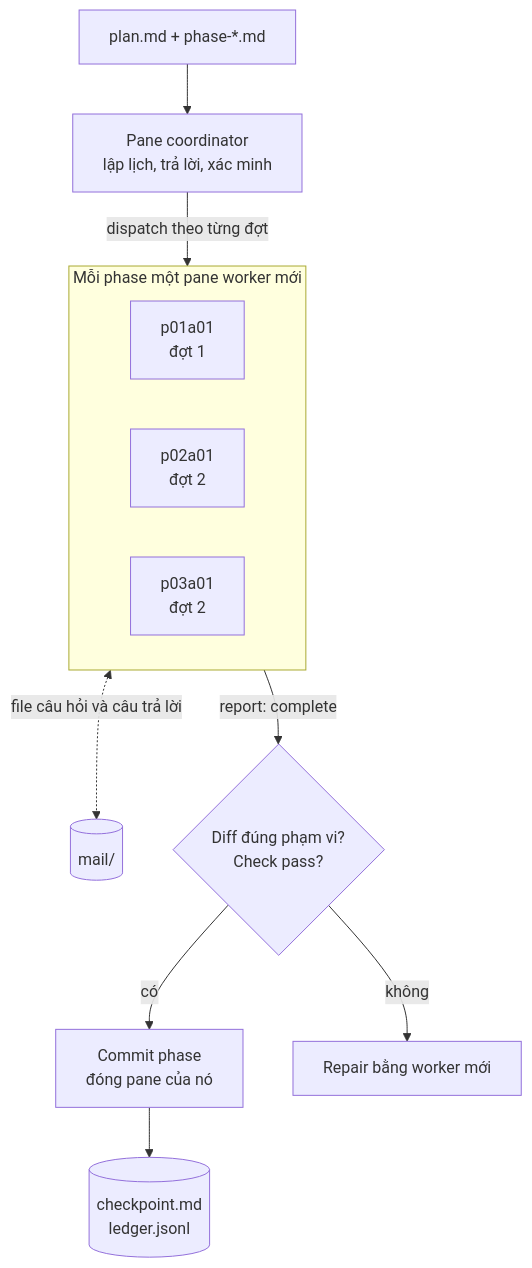
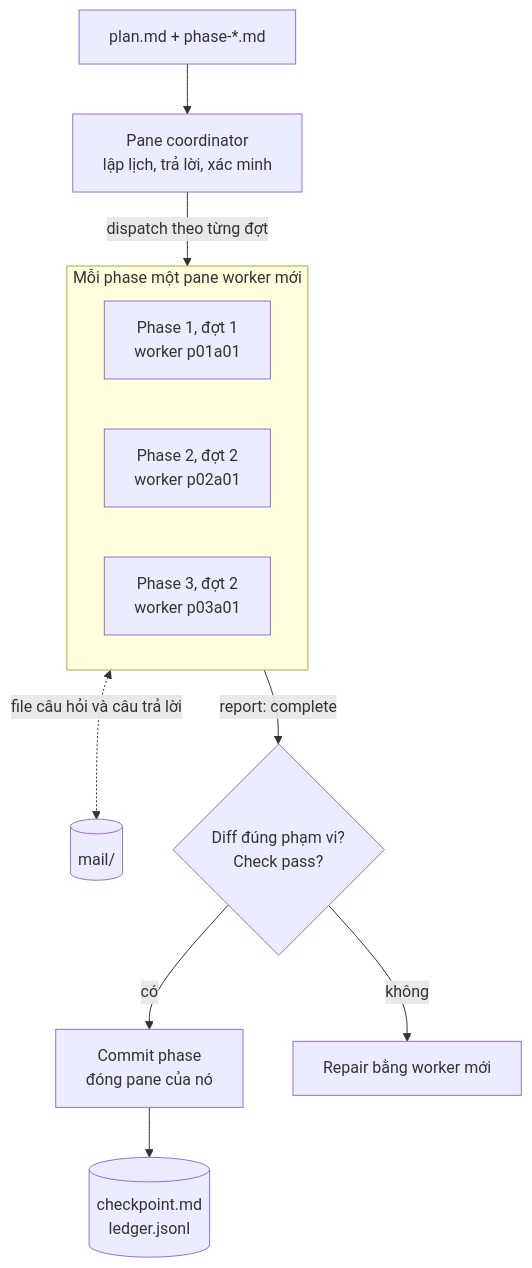
One commit to thieung/herdr-cook-plan changed the diagram in README.vi.md. Above: the diagram before and after it, drawn with Mermaid. The commit also changed other lines of this file and 3 other files, not shown here.

Commit message:
docs: friendly worker labels in covers and diagram; explain worker IDs

````diff
--- a/README.vi.md
+++ b/README.vi.md
@@ -62,16 +62,16 @@
 ```mermaid
 flowchart TB
     plan["plan.md + phase-*.md"] --> coord["Pane coordinator<br/>lập lịch, trả lời, xác minh"]
     coord -->|"dispatch theo từng đợt"| workers
     subgraph workers["Mỗi phase một pane worker mới"]
         direction LR
-        w1["p01a01<br/>đợt 1"]
-        w2["p02a01<br/>đợt 2"]
-        w3["p03a01<br/>đợt 2"]
+        w1["Phase 1, đợt 1<br/>worker p01a01"]
+        w2["Phase 2, đợt 2<br/>worker p02a01"]
+        w3["Phase 3, đợt 2<br/>worker p03a01"]
     end
     workers <-.->|"file câu hỏi và câu trả lời"| mail[("mail/")]
     workers -->|"report: complete"| check{"Diff đúng phạm vi?<br/>Check pass?"}
     check -->|"có"| commit["Commit phase<br/>đóng pane của nó"]
     check -->|"không"| repair["Repair bằng worker mới"]
     commit --> state[("checkpoint.md<br/>ledger.jsonl")]
 ```
````
